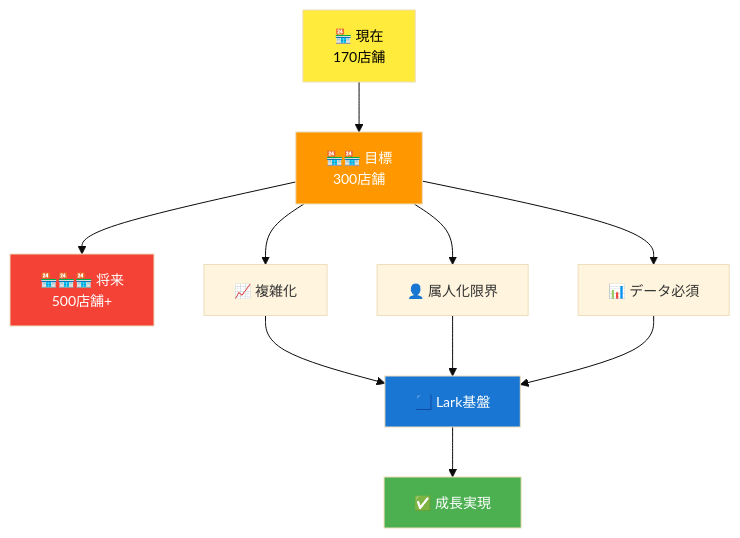
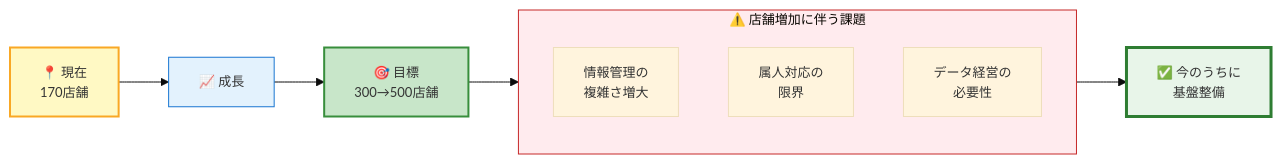
Diagram 18 of 20 in docs/FITPLACE_LARK_PROPOSAL.md (PLark-droid/lark-proposal), drawn with Mermaid before and after one commit. The commit also changed other lines of this file, not shown here.

First line of the commit message:
docs: V1コンテンツベースにインフォグラフィック品質のMermaid図を適用

````diff
--- a/docs/FITPLACE_LARK_PROPOSAL.md
+++ b/docs/FITPLACE_LARK_PROPOSAL.md
@@ -461,24 +702,27 @@
 ```mermaid
-%%{init: {'theme': 'base', 'themeVariables': {'fontSize': '14px'}}}%%
-flowchart TB
-    A["🏪 現在<br/>170店舗"]
-    B["🏪🏪 目標<br/>300店舗"]
-    C["🏪🏪🏪 将来<br/>500店舗+"]
+%%{init: {'theme': 'base', 'themeVariables': {'fontSize': '13px'}}}%%
+flowchart LR
+    now["📍 現在<br/>170店舗"]
 
-    D["📈 複雑化"]
-    E["👤 属人化限界"]
-    F["📊 データ必須"]
+    growth["📈 成長"]
 
-    G["🟦 Lark基盤"]
-    H["✅ 成長実現"]
+    future["🎯 目標<br/>300→500店舗"]
 
-    A --> B --> C
-    B --> D & E & F
-    D & E & F --> G --> H
+    subgraph challenge["⚠️ 店舗増加に伴う課題"]
+        C1["情報管理の<br/>複雑さ増大"]
+        C2["属人対応の<br/>限界"]
+        C3["データ経営の<br/>必要性"]
+    end
 
-    style A fill:#ffeb3b,color:#000
-    style B fill:#ff9800,color:#fff
-    style C fill:#f44336,color:#fff
-    style G fill:#1976d2,color:#fff
-    style H fill:#4caf50,color:#fff
+    solution["✅ 今のうちに<br/>基盤整備"]
+
+    now --> growth --> future
+    future --> challenge
+    challenge --> solution
+
+    style now fill:#fff9c4,stroke:#f9a825,stroke-width:2px
+    style growth fill:#e3f2fd,stroke:#1976d2
+    style future fill:#c8e6c9,stroke:#388e3c,stroke-width:2px
+    style challenge fill:#ffebee,stroke:#c62828
+    style solution fill:#e8f5e9,stroke:#2e7d32,stroke-width:3px
 ```
````
